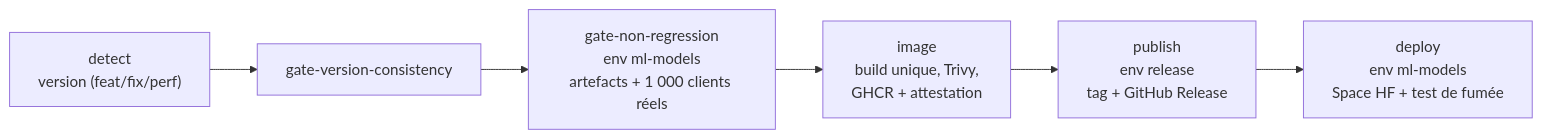
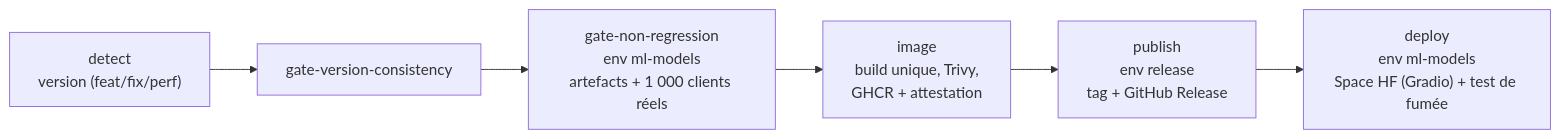
One commit to WillIsback/OC-AIE-P8-Confirmez-vos-competences-en-MLOps-Partie-2 changed the diagram in docs/cicd.md. Above: the diagram before and after it, drawn with Mermaid. The commit also changed other lines of this file and 4 other files, not shown here.

First line of the commit message:
fix(cicd): déploiement sur un Space Gradio (SDK Docker payant) (#30)

````diff
--- a/docs/cicd.md
+++ b/docs/cicd.md
@@ -12,8 +12,8 @@
 ```mermaid
 flowchart LR
   d["detect<br/>version (feat/fix/perf)"] --> g["gate-version-consistency"]
   g --> nr["gate-non-regression<br/>env ml-models<br/>artefacts + 1 000 clients réels"]
   nr --> img["image<br/>build unique, Trivy,<br/>GHCR + attestation"]
   img --> pub["publish<br/>env release<br/>tag + GitHub Release"]
-  pub --> dep["deploy<br/>env ml-models<br/>Space HF + test de fumée"]
+  pub --> dep["deploy<br/>env ml-models<br/>Space HF (Gradio) + test de fumée"]
 ```
````
